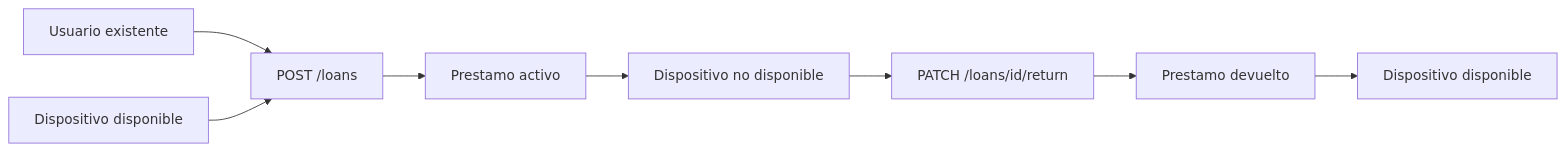
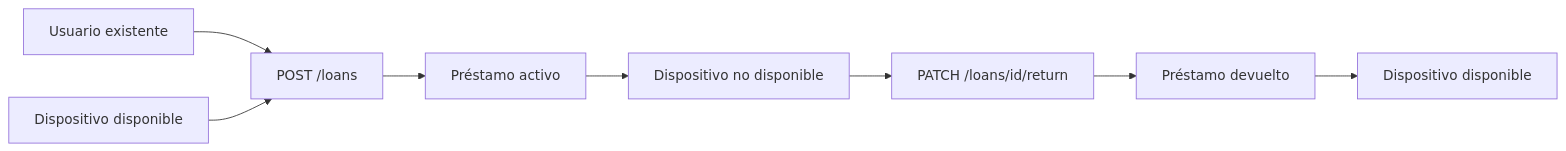
The diagram in README.md (AlexisGo7/FastAPI), drawn with Mermaid before and after one commit. The commit also changed other lines of this file and 8 other files, not shown here.

````diff
--- a/README.md
+++ b/README.md
@@ -60,10 +59,10 @@
 ```mermaid
 flowchart LR
-  U[Usuario existente] --> L[POST /loans]
-  D[Dispositivo disponible] --> L
-  L --> A[Prestamo activo]
-  A --> B[Dispositivo no disponible]
-  B --> R[PATCH /loans/id/return]
-  R --> H[Prestamo devuelto]
-  H --> D2[Dispositivo disponible]
+    U[Usuario existente] --> L[POST /loans]
+    D[Dispositivo disponible] --> L
+    L --> A[Préstamo activo]
+    A --> B[Dispositivo no disponible]
+    B --> R[PATCH /loans/id/return]
+    R --> H[Préstamo devuelto]
+    H --> D2[Dispositivo disponible]
 ```
````
